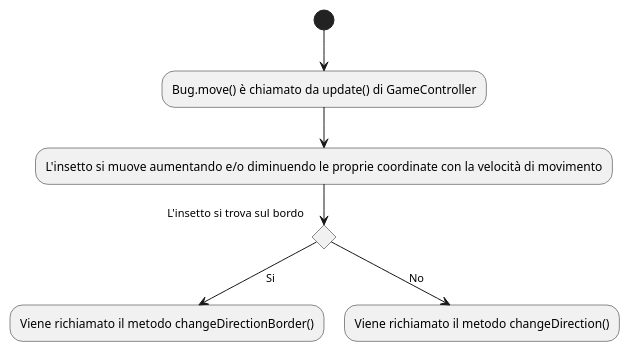
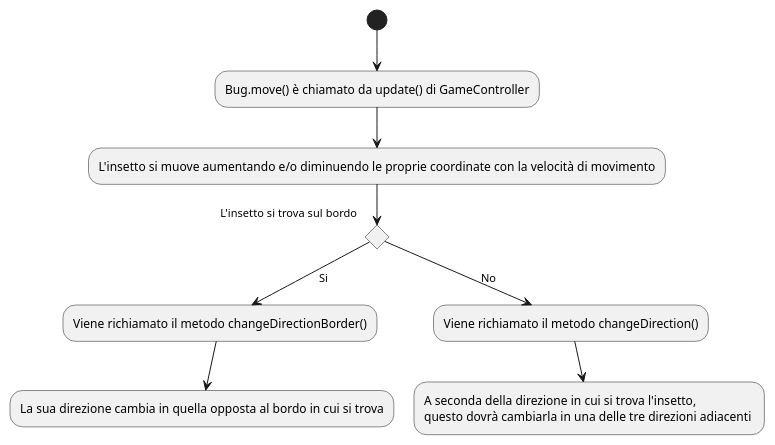
One commit to lcintini/JFlySwatter changed the diagram in src/model/BugMoveActivity.puml. Above: the diagram before and after it, drawn with PlantUML. The commit also changed 2 other files, not shown here.

Commit message:
Correzione uml

```diff
--- a/src/model/BugMoveActivity.puml
+++ b/src/model/BugMoveActivity.puml
@@ -1,12 +1,16 @@
 @startuml
 'https://plantuml.com/activity-diagram-beta
 
 (*)  --> "Bug.move() è chiamato da update() di GameController"
 --> "L'insetto si muove aumentando e/o diminuendo le proprie coordinate con la velocità di movimento"
 If "L'insetto si trova sul bordo" then
 --> [Si] "Viene richiamato il metodo changeDirectionBorder()"
+--> "La sua direzione cambia in quella opposta al bordo in cui si trova"
 else
 --> [No] "Viene richiamato il metodo changeDirection()"
+--> "A seconda della direzione in cui si trova l'insetto,
+questo dovrà cambiarla in una delle tre direzioni adiacenti "
 Endif
 
+
 @enduml
```
